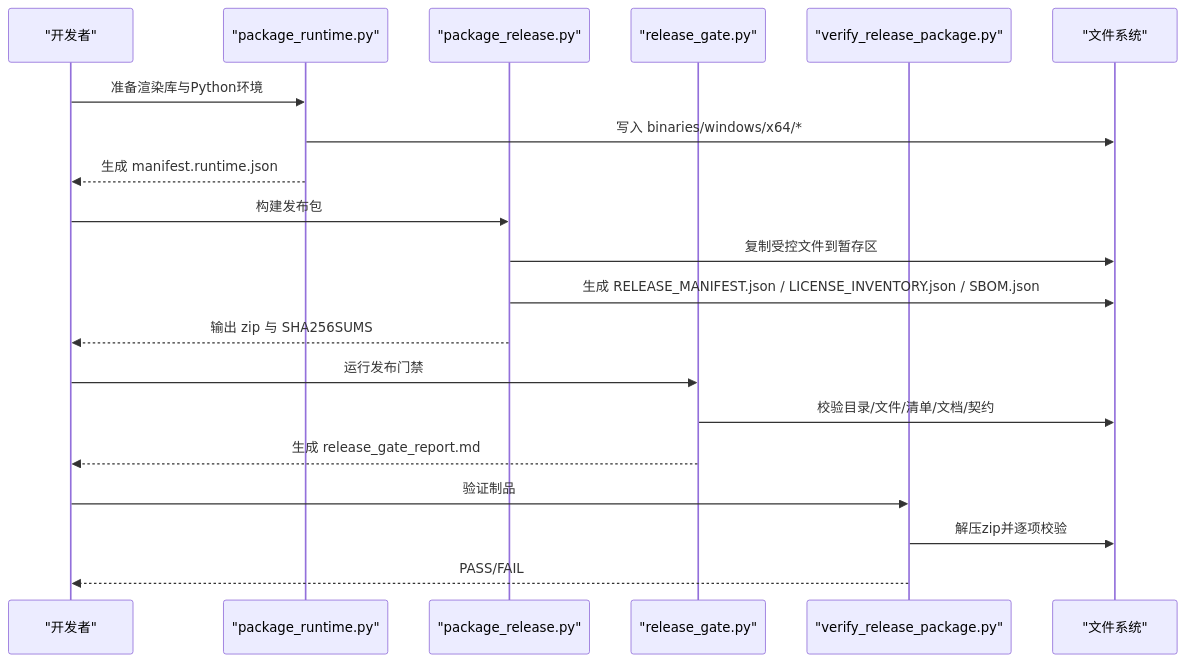
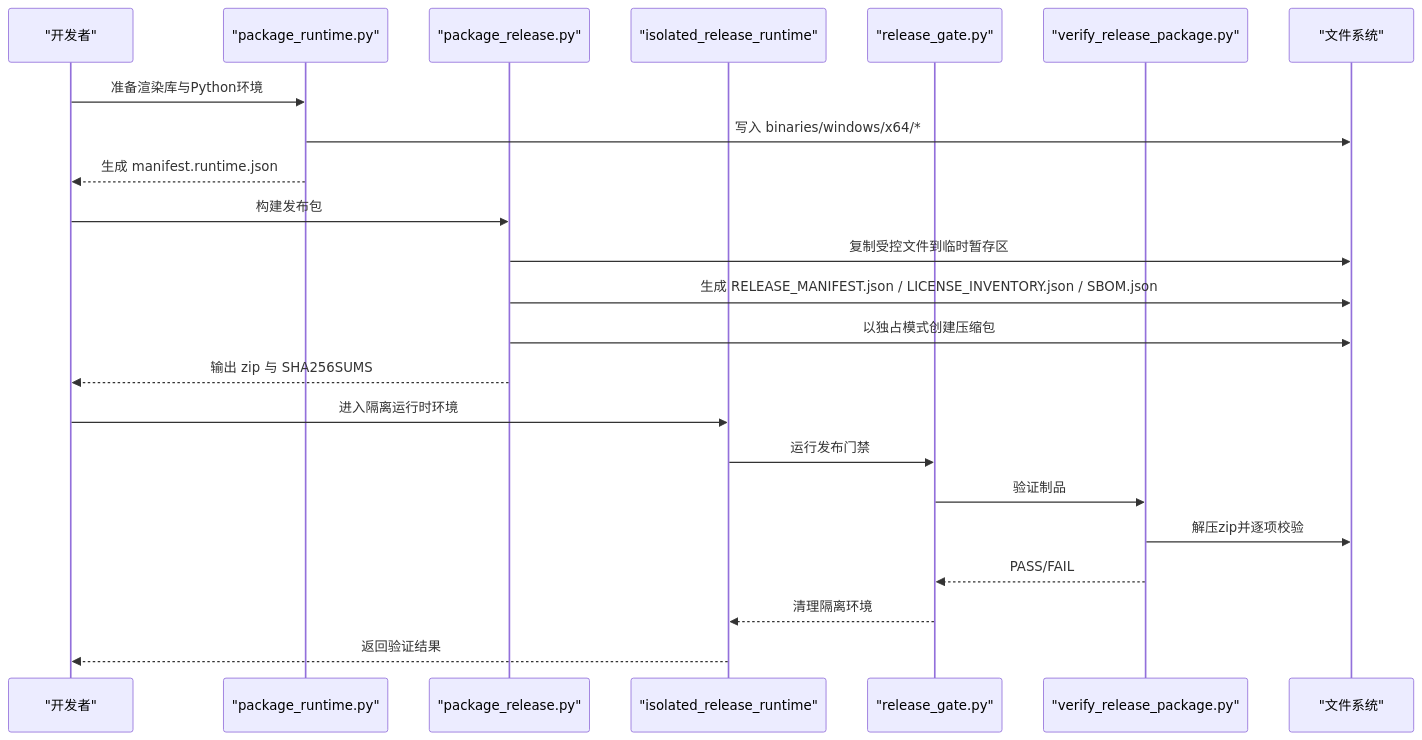
Before and after one commit to haolange/RDC-Tool: the second of 9 diagrams in .qoder/repowiki/zh/content/部署和发布/发布打包.md, drawn with Mermaid. The commit also changed other lines of this file and 53 other files, not shown here.

````diff
--- a/.qoder/repowiki/zh/content/部署和发布/发布打包.md
+++ b/.qoder/repowiki/zh/content/部署和发布/发布打包.md
@@ -100,22 +111,25 @@
 ```mermaid
 sequenceDiagram
 participant Dev as "开发者"
 participant PR as "package_runtime.py"
 participant PB as "package_release.py"
+participant IR as "isolated_release_runtime"
 participant RG as "release_gate.py"
 participant VP as "verify_release_package.py"
 participant FS as "文件系统"
 Dev->>PR : 准备渲染库与Python环境
 PR->>FS : 写入 binaries/windows/x64/*
 PR-->>Dev : 生成 manifest.runtime.json
 Dev->>PB : 构建发布包
-PB->>FS : 复制受控文件到暂存区
+PB->>FS : 复制受控文件到临时暂存区
 PB->>FS : 生成 RELEASE_MANIFEST.json / LICENSE_INVENTORY.json / SBOM.json
+PB->>FS : 以独占模式创建压缩包
 PB-->>Dev : 输出 zip 与 SHA256SUMS
-Dev->>RG : 运行发布门禁
-RG->>FS : 校验目录/文件/清单/文档/契约
-RG-->>Dev : 生成 release_gate_report.md
-Dev->>VP : 验证制品
+Dev->>IR : 进入隔离运行时环境
+IR->>RG : 运行发布门禁
+RG->>VP : 验证制品
 VP->>FS : 解压zip并逐项校验
-VP-->>Dev : PASS/FAIL
+VP-->>RG : PASS/FAIL
+RG-->>IR : 清理隔离环境
+IR-->>Dev : 返回验证结果
 ```
````
